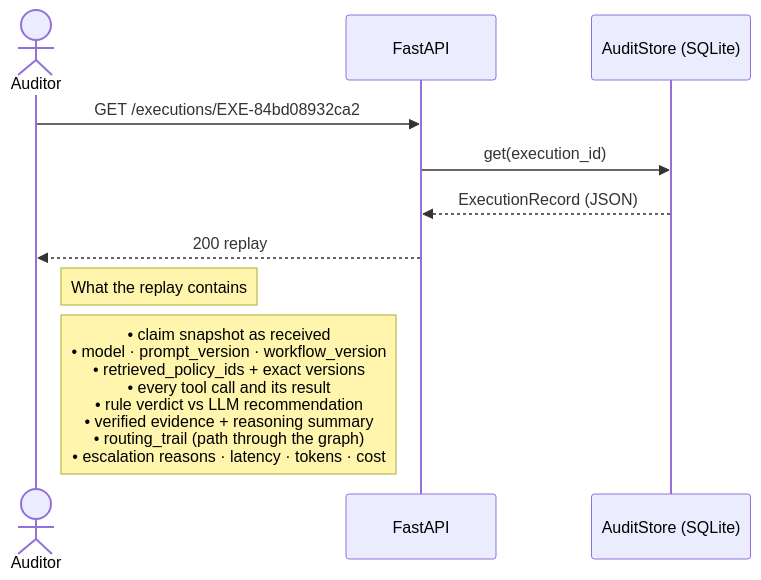
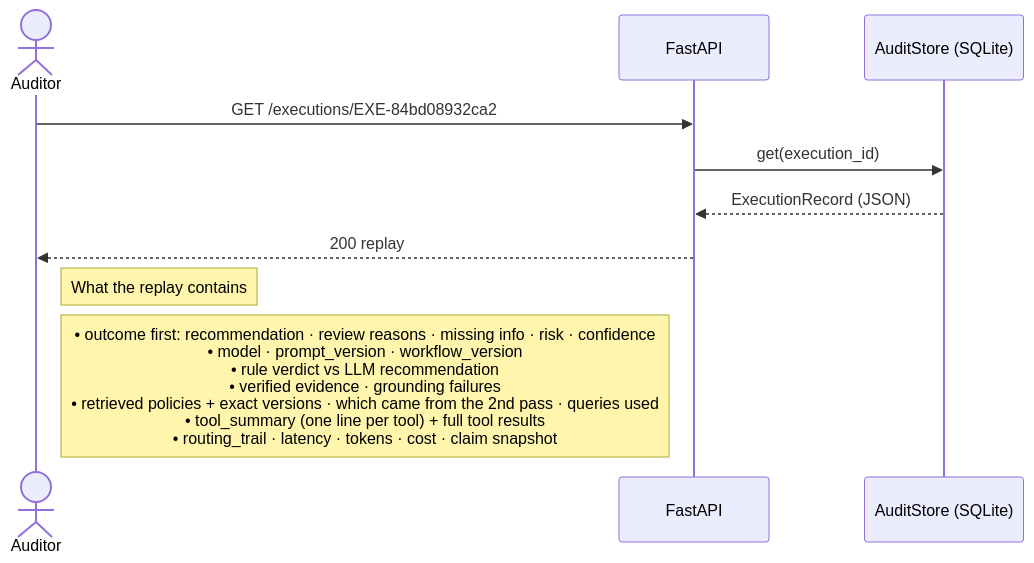
Before and after one commit to jefersonbraga/ClaimPilot: diagram 12 of 17 in docs/ARCHITECTURE.md, drawn with Mermaid. The commit also changed other lines of this file and 16 other files, not shown here.

````diff
--- a/docs/ARCHITECTURE.md
+++ b/docs/ARCHITECTURE.md
@@ -676,14 +703,14 @@
 ```mermaid
 sequenceDiagram
     actor Auditor
     participant API as FastAPI
     participant AU as AuditStore (SQLite)
 
     Auditor->>API: GET /executions/EXE-84bd08932ca2
     API->>AU: get(execution_id)
     AU-->>API: ExecutionRecord (JSON)
     API-->>Auditor: 200 replay
 
     Note right of Auditor: What the replay contains
-    Note right of Auditor: • claim snapshot as received<br/>• model · prompt_version · workflow_version<br/>• retrieved_policy_ids + exact versions<br/>• every tool call and its result<br/>• rule verdict vs LLM recommendation<br/>• verified evidence + reasoning summary<br/>• routing_trail (path through the graph)<br/>• escalation reasons · latency · tokens · cost
+    Note right of Auditor: • outcome first: recommendation · review reasons · missing info · risk · confidence<br/>• model · prompt_version · workflow_version<br/>• rule verdict vs LLM recommendation<br/>• verified evidence · grounding failures<br/>• retrieved policies + exact versions · which came from the 2nd pass · queries used<br/>• tool_summary (one line per tool) + full tool results<br/>• routing_trail · latency · tokens · cost · claim snapshot
 ```
````
